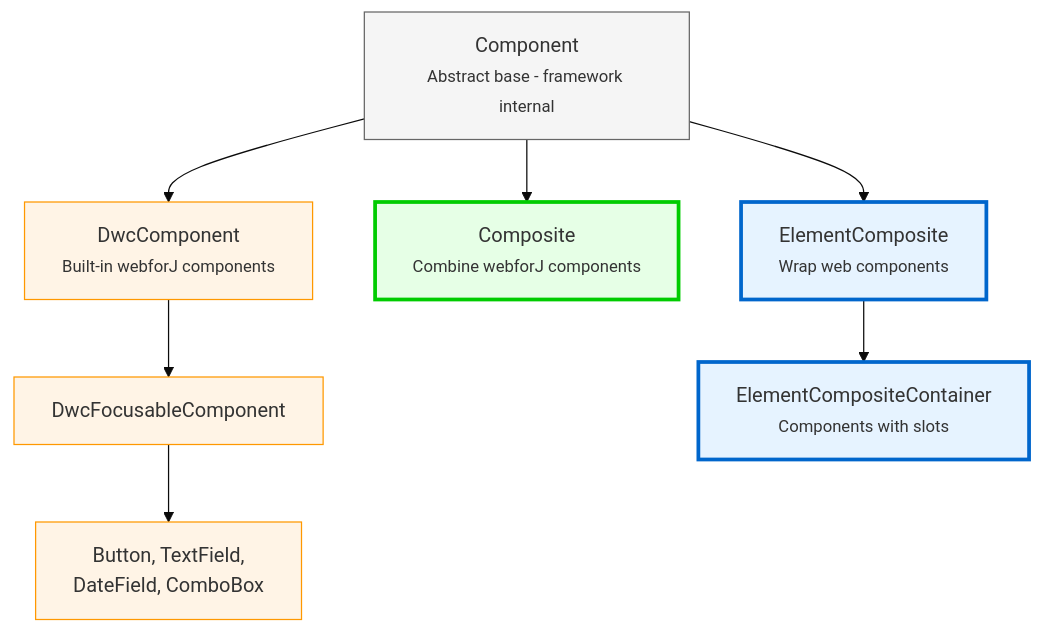
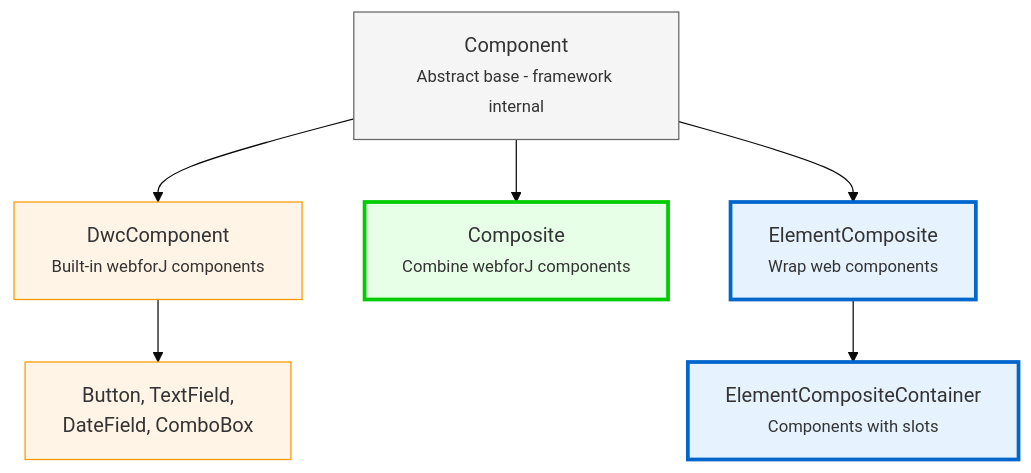
Before and after one commit to webforj/webforj-documentation: the diagram in docs/docs/building-ui/component-fundamentals.md, drawn with Mermaid (base theme). The commit also changed other lines of this file, not shown here.

Commit message:
simplify Component Architecture based on review feedback

````diff
--- a/docs/docs/building-ui/component-fundamentals.md
+++ b/docs/docs/building-ui/component-fundamentals.md
@@ -54,24 +53,22 @@
 ```mermaid
 graph TD
     A[Component<br/><small>Abstract base - framework internal</small>]
     
     A --> B[DwcComponent<br/><small>Built-in webforJ components</small>]
     A --> C[Composite<br/><small>Combine webforJ components</small>]
     A --> D[ElementComposite<br/><small>Wrap web components</small>]
     
-    B --> E[DwcFocusableComponent]
-    E --> F[Button, TextField,<br/>DateField, ComboBox]
+    B --> E[Button, TextField,<br/>DateField, ComboBox]
     
-    D --> G[ElementCompositeContainer<br/><small>Components with slots</small>]
+    D --> F[ElementCompositeContainer<br/><small>Components with slots</small>]
     
     style A fill:#f5f5f5,stroke:#666
     style B fill:#fff4e6,stroke:#ff9800
     style C fill:#e6ffe6,stroke:#00cc00
     style D fill:#e6f3ff,stroke:#0066cc
-    style G fill:#e6f3ff,stroke:#0066cc
     style E fill:#fff4e6,stroke:#ff9800
-    style F fill:#fff4e6,stroke:#ff9800
+    style F fill:#e6f3ff,stroke:#0066cc
     
     classDef userClass stroke-width:3px
-    class C,D,G userClass
+    class C,D,F userClass
 ```
````
